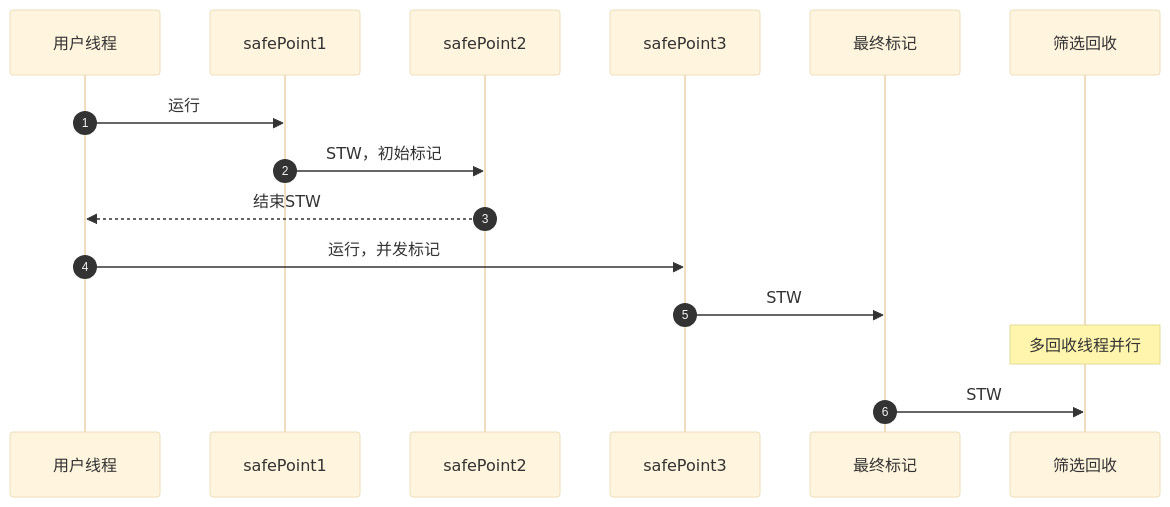
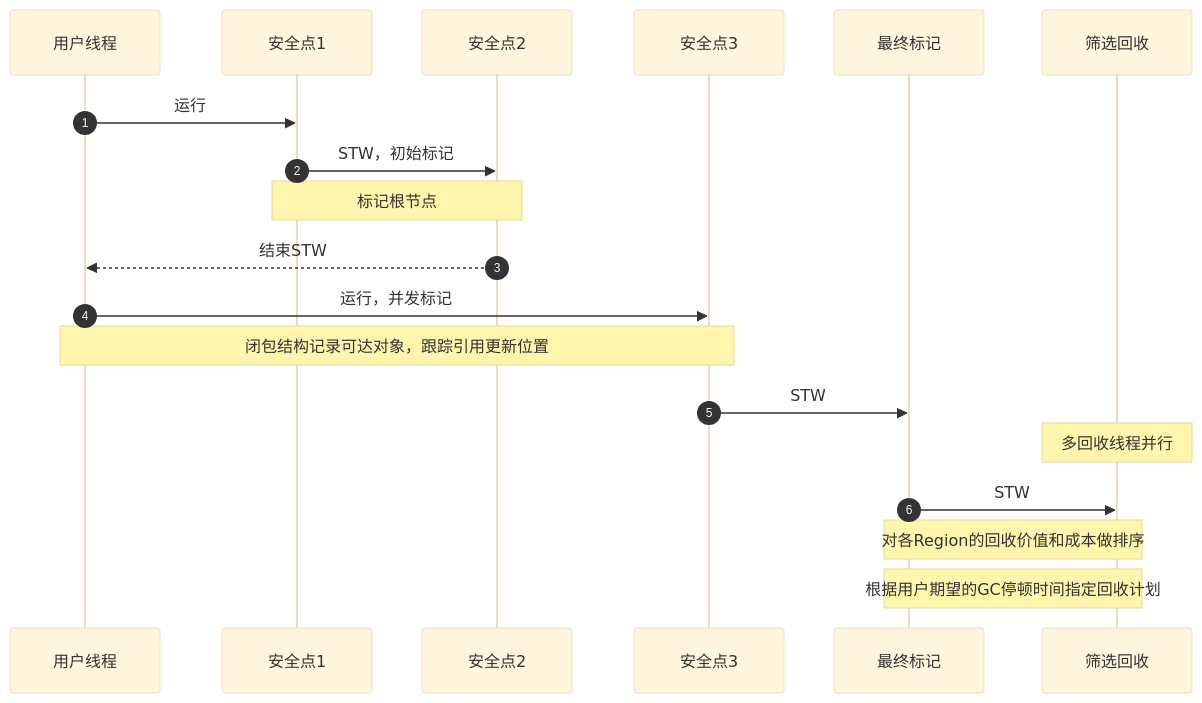
One commit to mudongjing/JVM-basic-knowledge changed the fifth of 7 diagrams in JVM--Java虚拟机简单介绍.md. Above: the diagram before and after it, drawn with Mermaid (base theme). The commit also changed other lines of this file, not shown here.

````diff
--- a/JVM--Java虚拟机简单介绍.md
+++ b/JVM--Java虚拟机简单介绍.md
@@ -374,11 +450,15 @@
   ```mermaid
   sequenceDiagram
   	autonumber
-  	用户线程->> safePoint1:运行
-  	safePoint1->> safePoint2:STW，初始标记
-  	safePoint2-->> 用户线程:结束STW
-  	用户线程->>safePoint3:运行，并发标记
-  	safePoint3->>最终标记:STW
+  	用户线程->> 安全点1:运行
+  	安全点1->> 安全点2:STW，初始标记
+  	note over 安全点1,安全点2:标记根节点
+  	安全点2-->> 用户线程:结束STW
+  	用户线程->>安全点3:运行，并发标记
+  	note over 用户线程,安全点3:闭包结构记录可达对象，跟踪引用更新位置
+  	安全点3->>最终标记:STW
   	Note over 筛选回收: 多回收线程并行
   	最终标记->> 筛选回收:STW
+  	note over 最终标记, 筛选回收:对各Region的回收价值和成本做排序
+  	note over 最终标记, 筛选回收:根据用户期望的GC停顿时间指定回收计划
   ```
````
